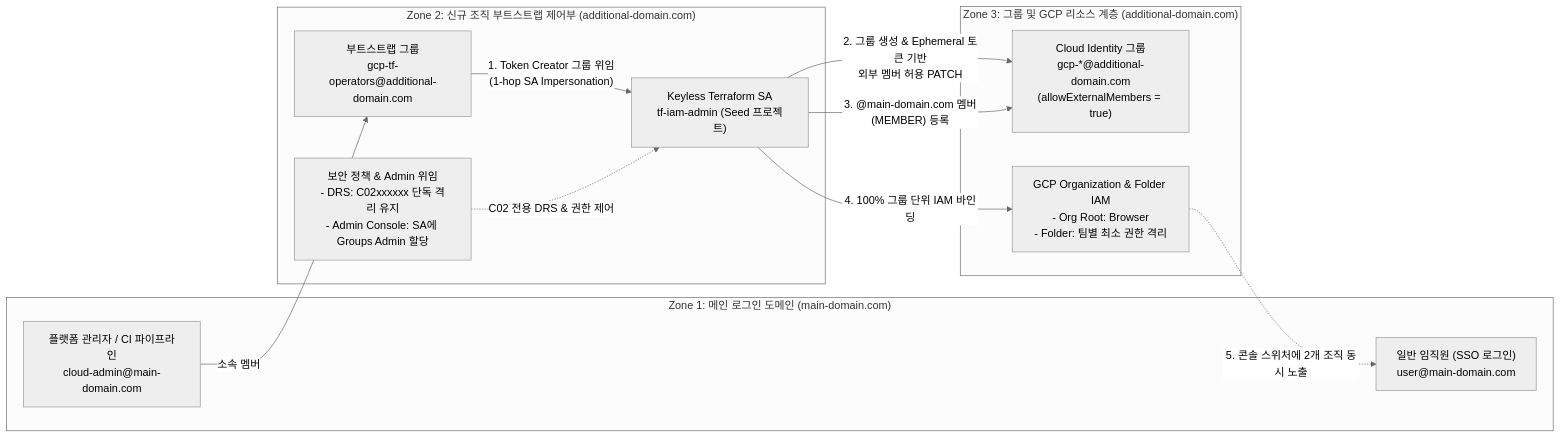
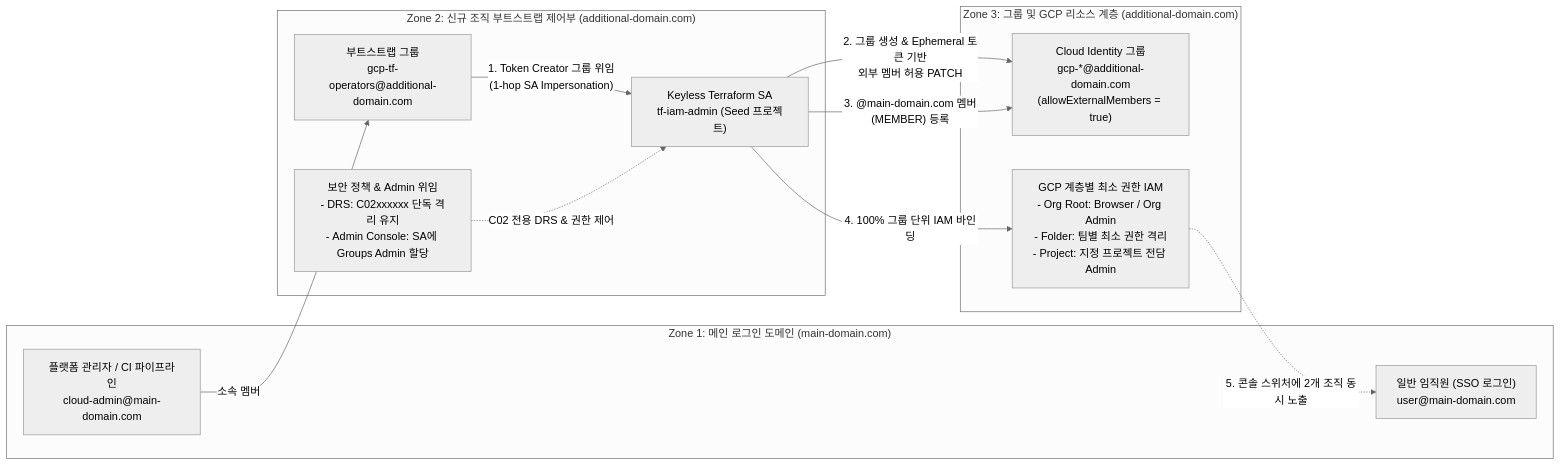
Before and after one commit to rom2019/gcp-sandbox: the first of 2 diagrams in iam/multi-org-group-iam/README.md, drawn with Mermaid (neutral theme). The commit also changed other lines of this file and 8 other files, not shown here.

Commit message:
refactor(iam/multi-org-group-iam): extract external-group module and add project admin example

````diff
--- a/iam/multi-org-group-iam/README.md
+++ b/iam/multi-org-group-iam/README.md
@@ -24,26 +24,26 @@
 ```mermaid
 flowchart LR
     subgraph Zone1["Zone 1: 메인 로그인 도메인 (main-domain.com)"]
         User["일반 임직원 (SSO 로그인)\nuser@main-domain.com"]
         Admin["플랫폼 관리자 / CI 파이프라인\ncloud-admin@main-domain.com"]
     end
 
     subgraph Zone2["Zone 2: 신규 조직 부트스트랩 제어부 (additional-domain.com)"]
         OpGroup["부트스트랩 그룹\ngcp-tf-operators@additional-domain.com"]
         SA["Keyless Terraform SA\ntf-iam-admin (Seed 프로젝트)"]
         Policy["보안 정책 & Admin 위임\n- DRS: C02xxxxxx 단독 격리 유지\n- Admin Console: SA에 Groups Admin 할당"]
     end
 
     subgraph Zone3["Zone 3: 그룹 및 GCP 리소스 계층 (additional-domain.com)"]
         CIG["Cloud Identity 그룹\ngcp-*@additional-domain.com\n(allowExternalMembers = true)"]
-        OrgIAM["GCP Organization & Folder IAM\n- Org Root: Browser\n- Folder: 팀별 최소 권한 격리"]
+        OrgIAM["GCP 계층별 최소 권한 IAM\n- Org Root: Browser / Org Admin\n- Folder: 팀별 최소 권한 격리\n- Project: 지정 프로젝트 전담 Admin"]
     end
 
     Admin -->|"소속 멤버"| OpGroup
     OpGroup -->|"1. Token Creator 그룹 위임\n(1-hop SA Impersonation)"| SA
     Policy -.->|"C02 전용 DRS & 권한 제어"| SA
     SA -->|"2. 그룹 생성 & Ephemeral 토큰 기반\n외부 멤버 허용 PATCH"| CIG
     SA -->|"3. @main-domain.com 멤버(MEMBER) 등록"| CIG
     SA -->|"4. 100% 그룹 단위 IAM 바인딩"| OrgIAM
     OrgIAM -.->|"5. 콘솔 스위처에 2개 조직 동시 노출"| User
 ```
````
